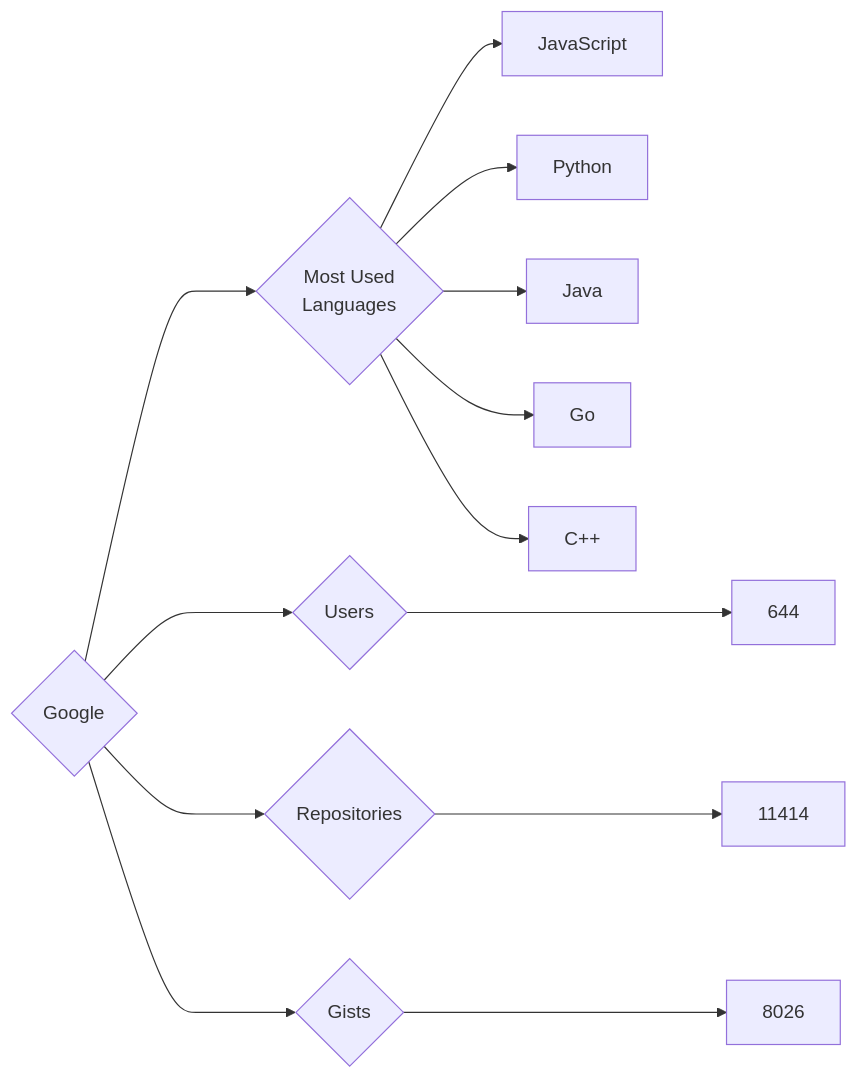
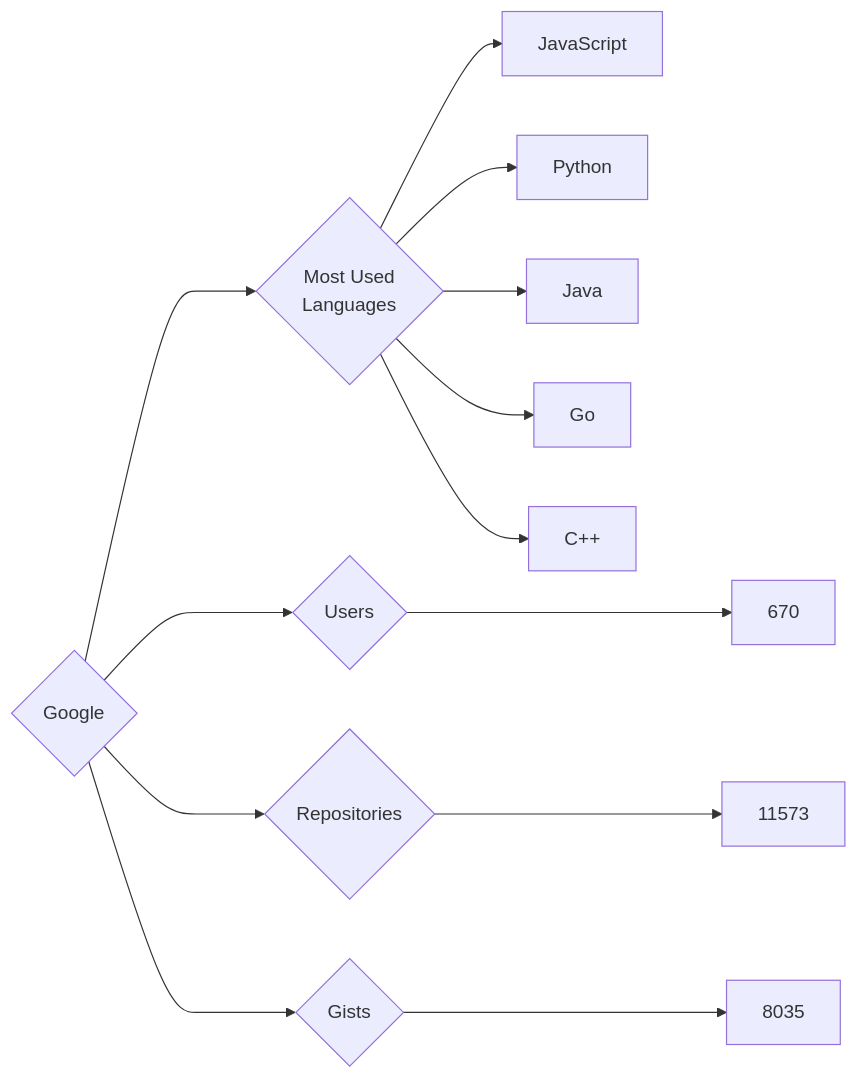
Before and after one commit to trickest/insiders: the diagram in targets/Google/README.md, drawn with Mermaid. The commit also changed 873 other files, not shown here.

````diff
--- a/targets/Google/README.md
+++ b/targets/Google/README.md
@@ -3,13 +3,13 @@
 ```mermaid
 graph LR
 COMPANY_NAME{Google}
-COMPANY_NAME ---> U{Users} ---> UN[644]
-COMPANY_NAME ---> R{Repositories} ---> RN[11414]
-COMPANY_NAME ---> G{Gists} ---> GN[8026]
+COMPANY_NAME ---> U{Users} ---> UN[670]
+COMPANY_NAME ---> R{Repositories} ---> RN[11573]
+COMPANY_NAME ---> G{Gists} ---> GN[8035]
 COMPANY_NAME ---> ML{Most Used<br>Languages}
 ML --> JavaScript[JavaScript]
 ML --> Python[Python]
 ML --> Java[Java]
 ML --> Go[Go]
 ML --> C++[C++]
 ```
````
